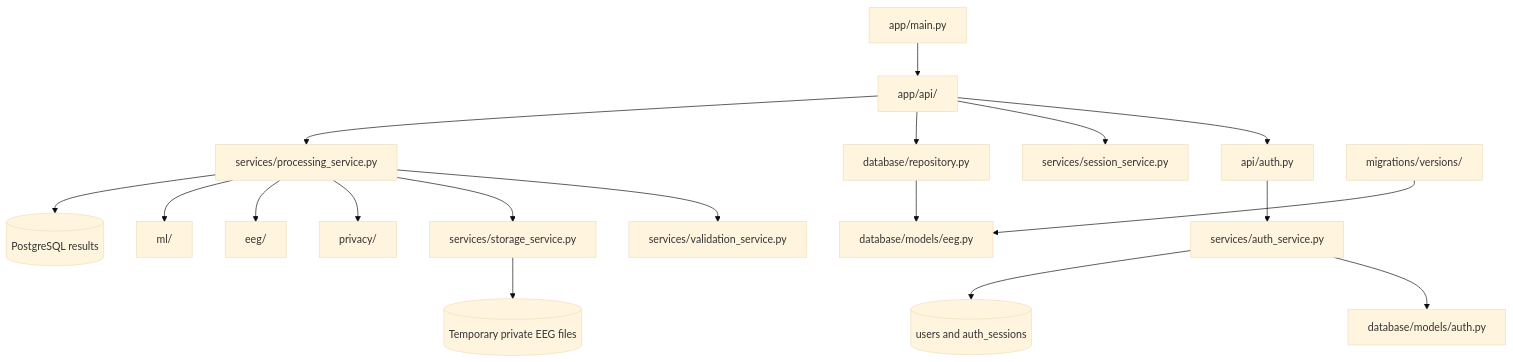
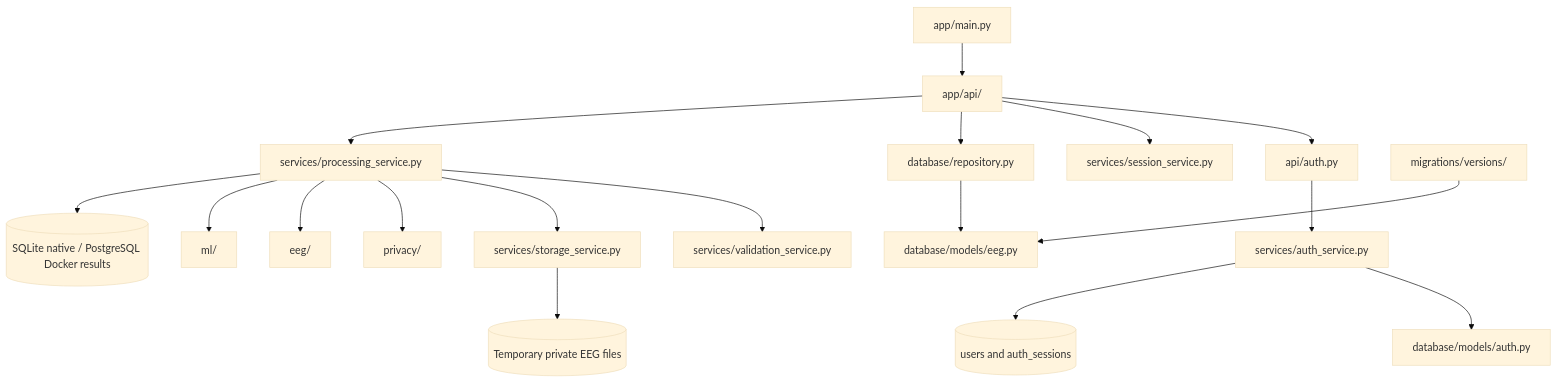
Before and after one commit to 4ffaad/FYP-MDS01: the first of 5 diagrams in docs/backend.md, drawn with Mermaid (base theme). The commit also changed other lines of this file and 12 other files, not shown here.

Commit message:
add native SQLite prototype runtime

````diff
--- a/docs/backend.md
+++ b/docs/backend.md
@@ -7,20 +7,20 @@
 ```mermaid
 flowchart TD
     Main[app/main.py] --> Routes[app/api/]
     Routes --> Auth[api/auth.py]
     Auth --> AuthService[services/auth_service.py]
     AuthService --> AuthModels[database/models/auth.py]
     AuthService --> AuthDB[(users and auth_sessions)]
     Routes --> SessionService[services/session_service.py]
     Routes --> Repository[database/repository.py]
     Routes --> Processing[services/processing_service.py]
     Processing --> Validation[services/validation_service.py]
     Processing --> Storage[services/storage_service.py]
     Processing --> Privacy[privacy/]
     Processing --> EEG[eeg/]
     Processing --> ML[ml/]
     Repository --> Models[database/models/eeg.py]
     Migrations[migrations/versions/] --> Models
-    Processing --> PostgreSQL[(PostgreSQL results)]
+    Processing --> Database[(SQLite native / PostgreSQL Docker results)]
     Storage --> Files[(Temporary private EEG files)]
 ```
````
